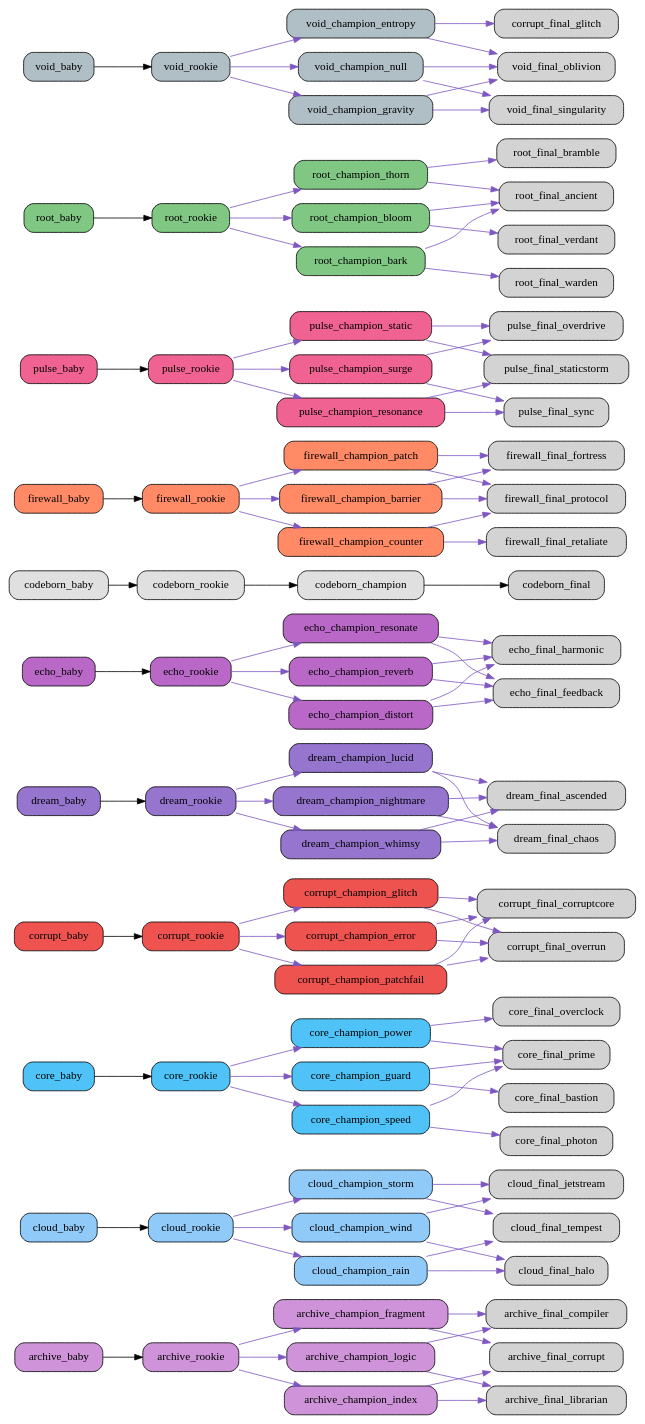
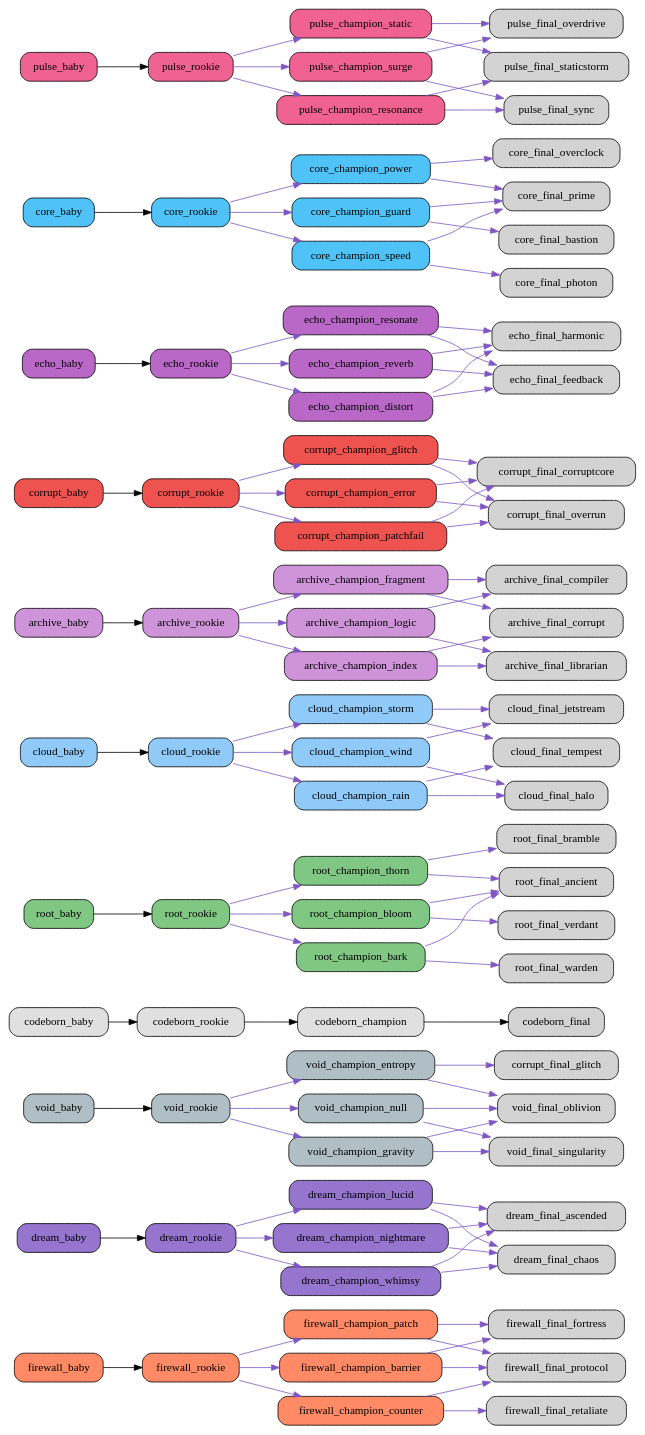
The diagram in src/netgrid/core/systems/evolution/graphs/full/evolution_graph.dot (bwlight/NetGrid), drawn with Graphviz before and after one commit. The commit also changed other lines of this file and 30 other files, not shown here.

Commit message:
Auto-update evolution graphs

```diff
--- a/src/netgrid/core/systems/evolution/graphs/full/evolution_graph.dot
+++ b/src/netgrid/core/systems/evolution/graphs/full/evolution_graph.dot
@@ -1,6 +1,87 @@
 digraph EvolutionTree {
   rankdir=LR;
   node [shape=box, style="rounded,filled"];
+  "firewall_baby" [fillcolor="#ff8a65"];
+  "firewall_baby" -> "firewall_rookie";
+  "firewall_rookie" [fillcolor="#ff8a65"];
+  "firewall_rookie" -> "firewall_champion_barrier" [color="#7e57c2"];
+  "firewall_rookie" -> "firewall_champion_counter" [color="#7e57c2"];
+  "firewall_rookie" -> "firewall_champion_patch" [color="#7e57c2"];
+  "firewall_champion_barrier" [fillcolor="#ff8a65"];
+  "firewall_champion_barrier" -> "firewall_final_fortress" [color="#7e57c2"];
+  "firewall_champion_barrier" -> "firewall_final_protocol" [color="#7e57c2"];
+  "firewall_champion_counter" [fillcolor="#ff8a65"];
+  "firewall_champion_counter" -> "firewall_final_retaliate" [color="#7e57c2"];
+  "firewall_champion_counter" -> "firewall_final_protocol" [color="#7e57c2"];
+  "firewall_champion_patch" [fillcolor="#ff8a65"];
+  "firewall_champion_patch" -> "firewall_final_protocol" [color="#7e57c2"];
+  "firewall_champion_patch" -> "firewall_final_fortress" [color="#7e57c2"];
+  "dream_baby" [fillcolor="#9575cd"];
+  "dream_baby" -> "dream_rookie";
+  "dream_rookie" [fillcolor="#9575cd"];
+  "dream_rookie" -> "dream_champion_lucid" [color="#7e57c2"];
+  "dream_rookie" -> "dream_champion_nightmare" [color="#7e57c2"];
+  "dream_rookie" -> "dream_champion_whimsy" [color="#7e57c2"];
+  "dream_champion_lucid" [fillcolor="#9575cd"];
+  "dream_champion_lucid" -> "dream_final_ascended" [color="#7e57c2"];
+  "dream_champion_lucid" -> "dream_final_chaos" [color="#7e57c2"];
+  "dream_champion_nightmare" [fillcolor="#9575cd"];
+  "dream_champion_nightmare" -> "dream_final_chaos" [color="#7e57c2"];
+  "dream_champion_nightmare" -> "dream_final_ascended" [color="#7e57c2"];
+  "dream_champion_whimsy" [fillcolor="#9575cd"];
+  "dream_champion_whimsy" -> "dream_final_ascended" [color="#7e57c2"];
+  "dream_champion_whimsy" -> "dream_final_chaos" [color="#7e57c2"];
+  "void_baby" [fillcolor="#b0bec5"];
+  "void_baby" -> "void_rookie";
+  "void_rookie" [fillcolor="#b0bec5"];
+  "void_rookie" -> "void_champion_entropy" [color="#7e57c2"];
+  "void_rookie" -> "void_champion_gravity" [color="#7e57c2"];
+  "void_rookie" -> "void_champion_null" [color="#7e57c2"];
+  "void_champion_entropy" [fillcolor="#b0bec5"];
+  "void_champion_entropy" -> "corrupt_final_glitch" [color="#7e57c2"];
+  "void_champion_entropy" -> "void_final_oblivion" [color="#7e57c2"];
+  "void_champion_gravity" [fillcolor="#b0bec5"];
+  "void_champion_gravity" -> "void_final_singularity" [color="#7e57c2"];
+  "void_champion_gravity" -> "void_final_oblivion" [color="#7e57c2"];
+  "void_champion_null" [fillcolor="#b0bec5"];
+  "void_champion_null" -> "void_final_oblivion" [color="#7e57c2"];
+  "void_champion_null" -> "void_final_singularity" [color="#7e57c2"];
+  "codeborn_baby" [fillcolor="#e0e0e0"];
+  "codeborn_baby" -> "codeborn_rookie";
+  "codeborn_rookie" [fillcolor="#e0e0e0"];
+  "codeborn_rookie" -> "codeborn_champion";
+  "codeborn_champion" [fillcolor="#e0e0e0"];
+  "codeborn_champion" -> "codeborn_final";
+  "root_baby" [fillcolor="#81c784"];
+  "root_baby" -> "root_rookie";
+  "root_rookie" [fillcolor="#81c784"];
+  "root_rookie" -> "root_champion_thorn" [color="#7e57c2"];
+  "root_rookie" -> "root_champion_bloom" [color="#7e57c2"];
+  "root_rookie" -> "root_champion_bark" [color="#7e57c2"];
+  "root_champion_thorn" [fillcolor="#81c784"];
+  "root_champion_thorn" -> "root_final_bramble" [color="#7e57c2"];
+  "root_champion_thorn" -> "root_final_ancient" [color="#7e57c2"];
+  "root_champion_bloom" [fillcolor="#81c784"];
+  "root_champion_bloom" -> "root_final_ancient" [color="#7e57c2"];
+  "root_champion_bloom" -> "root_final_verdant" [color="#7e57c2"];
+  "root_champion_bark" [fillcolor="#81c784"];
+  "root_champion_bark" -> "root_final_warden" [color="#7e57c2"];
+  "root_champion_bark" -> "root_final_ancient" [color="#7e57c2"];
+  "cloud_baby" [fillcolor="#90caf9"];
+  "cloud_baby" -> "cloud_rookie";
+  "cloud_rookie" [fillcolor="#90caf9"];
+  "cloud_rookie" -> "cloud_champion_wind" [color="#7e57c2"];
+  "cloud_rookie" -> "cloud_champion_rain" [color="#7e57c2"];
+  "cloud_rookie" -> "cloud_champion_storm" [color="#7e57c2"];
+  "cloud_champion_wind" [fillcolor="#90caf9"];
+  "cloud_champion_wind" -> "cloud_final_jetstream" [color="#7e57c2"];
+  "cloud_champion_wind" -> "cloud_final_halo" [color="#7e57c2"];
+  "cloud_champion_rain" [fillcolor="#90caf9"];
+  "cloud_champion_rain" -> "cloud_final_halo" [color="#7e57c2"];
+  "cloud_champion_rain" -> "cloud_final_tempest" [color="#7e57c2"];
+  "cloud_champion_storm" [fillcolor="#90caf9"];
+  "cloud_champion_storm" -> "cloud_final_tempest" [color="#7e57c2"];
+  "cloud_champion_storm" -> "cloud_final_jetstream" [color="#7e57c2"];
   "archive_baby" [fillcolor="#ce93d8"];
   "archive_baby" -> "archive_rookie";
   "archive_rookie" [fillcolor="#ce93d8"];
@@ -16,21 +97,36 @@
   "archive_champion_fragment" [fillcolor="#ce93d8"];
   "archive_champion_fragment" -> "archive_final_corrupt" [color="#7e57c2"];
   "archive_champion_fragment" -> "archive_final_compiler" [color="#7e57c2"];
-  "cloud_baby" [fillcolor="#90caf9"];
-  "cloud_baby" -> "cloud_rookie";
-  "cloud_rookie" [fillcolor="#90caf9"];
-  "cloud_rookie" -> "cloud_champion_wind" [color="#7e57c2"];
-  "cloud_rookie" -> "cloud_champion_rain" [color="#7e57c2"];
-  "cloud_rookie" -> "cloud_champion_storm" [color="#7e57c2"];
-  "cloud_champion_wind" [fillcolor="#90caf9"];
-  "cloud_champion_wind" -> "cloud_final_jetstream" [color="#7e57c2"];
-  "cloud_champion_wind" -> "cloud_final_halo" [color="#7e57c2"];
-  "cloud_champion_rain" [fillcolor="#90caf9"];
-  "cloud_champion_rain" -> "cloud_final_halo" [color="#7e57c2"];
-  "cloud_champion_rain" -> "cloud_final_tempest" [color="#7e57c2"];
-  "cloud_champion_storm" [fillcolor="#90caf9"];
-  "cloud_champion_storm" -> "cloud_final_tempest" [color="#7e57c2"];
-  "cloud_champion_storm" -> "cloud_final_jetstream" [color="#7e57c2"];
+  "corrupt_baby" [fillcolor="#ef5350"];
+  "corrupt_baby" -> "corrupt_rookie";
+  "corrupt_rookie" [fillcolor="#ef5350"];
+  "corrupt_rookie" -> "corrupt_champion_glitch" [color="#7e57c2"];
+  "corrupt_rookie" -> "corrupt_champion_error" [color="#7e57c2"];
+  "corrupt_rookie" -> "corrupt_champion_patchfail" [color="#7e57c2"];
+  "corrupt_champion_glitch" [fillcolor="#ef5350"];
+  "corrupt_champion_glitch" -> "corrupt_final_corruptcore" [color="#7e57c2"];
+  "corrupt_champion_glitch" -> "corrupt_final_overrun" [color="#7e57c2"];
+  "corrupt_champion_error" [fillcolor="#ef5350"];
+  "corrupt_champion_error" -> "corrupt_final_overrun" [color="#7e57c2"];
+  "corrupt_champion_error" -> "corrupt_final_corruptcore" [color="#7e57c2"];
+  "corrupt_champion_patchfail" [fillcolor="#ef5350"];
+  "corrupt_champion_patchfail" -> "corrupt_final_corruptcore" [color="#7e57c2"];
+  "corrupt_champion_patchfail" -> "corrupt_final_overrun" [color="#7e57c2"];
+  "echo_baby" [fillcolor="#ba68c8"];
+  "echo_baby" -> "echo_rookie";
+  "echo_rookie" [fillcolor="#ba68c8"];
+  "echo_rookie" -> "echo_champion_resonate" [color="#7e57c2"];
+  "echo_rookie" -> "echo_champion_reverb" [color="#7e57c2"];
+  "echo_rookie" -> "echo_champion_distort" [color="#7e57c2"];
+  "echo_champion_resonate" [fillcolor="#ba68c8"];
+  "echo_champion_resonate" -> "echo_final_harmonic" [color="#7e57c2"];
+  "echo_champion_resonate" -> "echo_final_feedback" [color="#7e57c2"];
+  "echo_champion_reverb" [fillcolor="#ba68c8"];
+  "echo_champion_reverb" -> "echo_final_feedback" [color="#7e57c2"];
+  "echo_champion_reverb" -> "echo_final_harmonic" [color="#7e57c2"];
+  "echo_champion_distort" [fillcolor="#ba68c8"];
+  "echo_champion_distort" -> "echo_final_feedback" [color="#7e57c2"];
+  "echo_champion_distort" -> "echo_final_harmonic" [color="#7e57c2"];
   "core_baby" [fillcolor="#4fc3f7"];
   "core_baby" -> "core_rookie";
   "core_rookie" [fillcolor="#4fc3f7"];
@@ -46,72 +142,6 @@
   "core_champion_speed" [fillcolor="#4fc3f7"];
   "core_champion_speed" -> "core_final_photon" [color="#7e57c2"];
   "core_champion_speed" -> "core_final_prime" [color="#7e57c2"];
-  "corrupt_baby" [fillcolor="#ef5350"];
-  "corrupt_baby" -> "corrupt_rookie";
-  "corrupt_rookie" [fillcolor="#ef5350"];
-  "corrupt_rookie" -> "corrupt_champion_glitch" [color="#7e57c2"];
-  "corrupt_rookie" -> "corrupt_champion_error" [color="#7e57c2"];
-  "corrupt_rookie" -> "corrupt_champion_patchfail" [color="#7e57c2"];
-  "corrupt_champion_glitch" [fillcolor="#ef5350"];
-  "corrupt_champion_glitch" -> "corrupt_final_corruptcore" [color="#7e57c2"];
-  "corrupt_champion_glitch" -> "corrupt_final_overrun" [color="#7e57c2"];
-  "corrupt_champion_error" [fillcolor="#ef5350"];
-  "corrupt_champion_error" -> "corrupt_final_overrun" [color="#7e57c2"];
-  "corrupt_champion_error" -> "corrupt_final_corruptcore" [color="#7e57c2"];
-  "corrupt_champion_patchfail" [fillcolor="#ef5350"];
-  "corrupt_champion_patchfail" -> "corrupt_final_corruptcore" [color="#7e57c2"];
-  "corrupt_champion_patchfail" -> "corrupt_final_overrun" [color="#7e57c2"];
-  "dream_baby" [fillcolor="#9575cd"];
-  "dream_baby" -> "dream_rookie";
-  "dream_rookie" [fillcolor="#9575cd"];
-  "dream_rookie" -> "dream_champion_lucid" [color="#7e57c2"];
-  "dream_rookie" -> "dream_champion_nightmare" [color="#7e57c2"];
-  "dream_rookie" -> "dream_champion_whimsy" [color="#7e57c2"];
-  "dream_champion_lucid" [fillcolor="#9575cd"];
-  "dream_champion_lucid" -> "dream_final_ascended" [color="#7e57c2"];
-  "dream_champion_lucid" -> "dream_final_chaos" [color="#7e57c2"];
-  "dream_champion_nightmare" [fillcolor="#9575cd"];
-  "dream_champion_nightmare" -> "dream_final_chaos" [color="#7e57c2"];
-  "dream_champion_nightmare" -> "dream_final_ascended" [color="#7e57c2"];
-  "dream_champion_whimsy" [fillcolor="#9575cd"];
-  "dream_champion_whimsy" -> "dream_final_ascended" [color="#7e57c2"];
-  "dream_champion_whimsy" -> "dream_final_chaos" [color="#7e57c2"];
-  "echo_baby" [fillcolor="#ba68c8"];
-  "echo_baby" -> "echo_rookie";
-  "echo_rookie" [fillcolor="#ba68c8"];
-  "echo_rookie" -> "echo_champion_resonate" [color="#7e57c2"];
-  "echo_rookie" -> "echo_champion_reverb" [color="#7e57c2"];
-  "echo_rookie" -> "echo_champion_distort" [color="#7e57c2"];
-  "echo_champion_resonate" [fillcolor="#ba68c8"];
-  "echo_champion_resonate" -> "echo_final_harmonic" [color="#7e57c2"];
-  "echo_champion_resonate" -> "echo_final_feedback" [color="#7e57c2"];
-  "echo_champion_reverb" [fillcolor="#ba68c8"];
-  "echo_champion_reverb" -> "echo_final_feedback" [color="#7e57c2"];
-  "echo_champion_reverb" -> "echo_final_harmonic" [color="#7e57c2"];
-  "echo_champion_distort" [fillcolor="#ba68c8"];
-  "echo_champion_distort" -> "echo_final_feedback" [color="#7e57c2"];
-  "echo_champion_distort" -> "echo_final_harmonic" [color="#7e57c2"];
-  "codeborn_baby" [fillcolor="#e0e0e0"];
-  "codeborn_baby" -> "codeborn_rookie";
-  "codeborn_rookie" [fillcolor="#e0e0e0"];
-  "codeborn_rookie" -> "codeborn_champion";
-  "codeborn_champion" [fillcolor="#e0e0e0"];
-  "codeborn_champion" -> "codeborn_final";
-  "firewall_baby" [fillcolor="#ff8a65"];
-  "firewall_baby" -> "firewall_rookie";
-  "firewall_rookie" [fillcolor="#ff8a65"];
-  "firewall_rookie" -> "firewall_champion_barrier" [color="#7e57c2"];
-  "firewall_rookie" -> "firewall_champion_counter" [color="#7e57c2"];
-  "firewall_rookie" -> "firewall_champion_patch" [color="#7e57c2"];
-  "firewall_champion_barrier" [fillcolor="#ff8a65"];
-  "firewall_champion_barrier" -> "firewall_final_fortress" [color="#7e57c2"];
-  "firewall_champion_barrier" -> "firewall_final_protocol" [color="#7e57c2"];
-  "firewall_champion_counter" [fillcolor="#ff8a65"];
-  "firewall_champion_counter" -> "firewall_final_retaliate" [color="#7e57c2"];
-  "firewall_champion_counter" -> "firewall_final_protocol" [color="#7e57c2"];
-  "firewall_champion_patch" [fillcolor="#ff8a65"];
-  "firewall_champion_patch" -> "firewall_final_protocol" [color="#7e57c2"];
-  "firewall_champion_patch" -> "firewall_final_fortress" [color="#7e57c2"];
   "pulse_baby" [fillcolor="#f06292"];
   "pulse_baby" -> "pulse_rookie";
   "pulse_rookie" [fillcolor="#f06292"];
@@ -127,34 +157,4 @@
   "pulse_champion_static" [fillcolor="#f06292"];
   "pulse_champion_static" -> "pulse_final_staticstorm" [color="#7e57c2"];
   "pulse_champion_static" -> "pulse_final_overdrive" [color="#7e57c2"];
-  "root_baby" [fillcolor="#81c784"];
-  "root_baby" -> "root_rookie";
-  "root_rookie" [fillcolor="#81c784"];
-  "root_rookie" -> "root_champion_thorn" [color="#7e57c2"];
-  "root_rookie" -> "root_champion_bloom" [color="#7e57c2"];
-  "root_rookie" -> "root_champion_bark" [color="#7e57c2"];
-  "root_champion_thorn" [fillcolor="#81c784"];
-  "root_champion_thorn" -> "root_final_bramble" [color="#7e57c2"];
-  "root_champion_thorn" -> "root_final_ancient" [color="#7e57c2"];
-  "root_champion_bloom" [fillcolor="#81c784"];
-  "root_champion_bloom" -> "root_final_ancient" [color="#7e57c2"];
-  "root_champion_bloom" -> "root_final_verdant" [color="#7e57c2"];
-  "root_champion_bark" [fillcolor="#81c784"];
-  "root_champion_bark" -> "root_final_warden" [color="#7e57c2"];
-  "root_champion_bark" -> "root_final_ancient" [color="#7e57c2"];
-  "void_baby" [fillcolor="#b0bec5"];
-  "void_baby" -> "void_rookie";
-  "void_rookie" [fillcolor="#b0bec5"];
-  "void_rookie" -> "void_champion_entropy" [color="#7e57c2"];
-  "void_rookie" -> "void_champion_gravity" [color="#7e57c2"];
-  "void_rookie" -> "void_champion_null" [color="#7e57c2"];
-  "void_champion_entropy" [fillcolor="#b0bec5"];
-  "void_champion_entropy" -> "corrupt_final_glitch" [color="#7e57c2"];
-  "void_champion_entropy" -> "void_final_oblivion" [color="#7e57c2"];
-  "void_champion_gravity" [fillcolor="#b0bec5"];
-  "void_champion_gravity" -> "void_final_singularity" [color="#7e57c2"];
-  "void_champion_gravity" -> "void_final_oblivion" [color="#7e57c2"];
-  "void_champion_null" [fillcolor="#b0bec5"];
-  "void_champion_null" -> "void_final_oblivion" [color="#7e57c2"];
-  "void_champion_null" -> "void_final_singularity" [color="#7e57c2"];
 }
```
